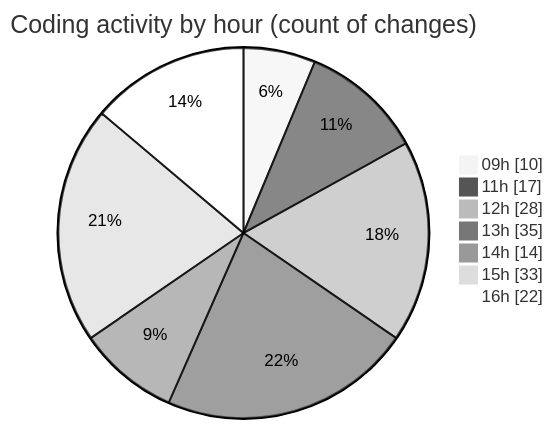
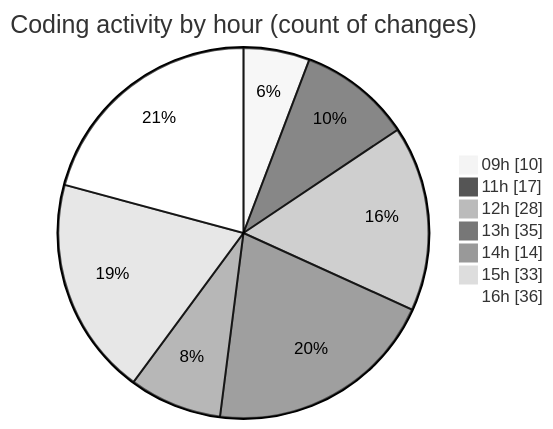
Before and after one commit to momahboobian/code-tracking: the second of 2 diagrams in 2026-05-07/cda/README.md, drawn with Mermaid (neutral theme). The commit also changed other lines of this file and 1 other file, not shown here.

````diff
--- a/2026-05-07/cda/README.md
+++ b/2026-05-07/cda/README.md
@@ -58,11 +58,11 @@
 ```mermaid
 pie showData
 title Coding activity by hour (count of changes)
 "09h" : 10
 "11h" : 17
 "12h" : 28
 "13h" : 35
 "14h" : 14
 "15h" : 33
-"16h" : 22
+"16h" : 36
 ```
````
